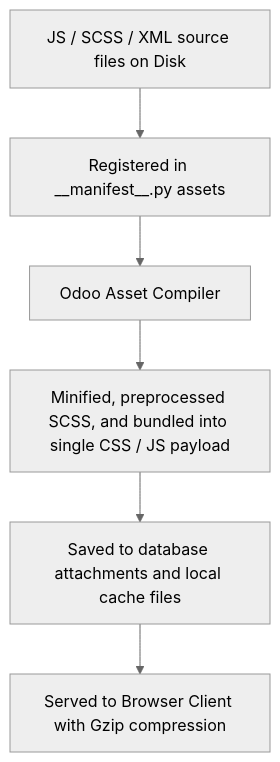
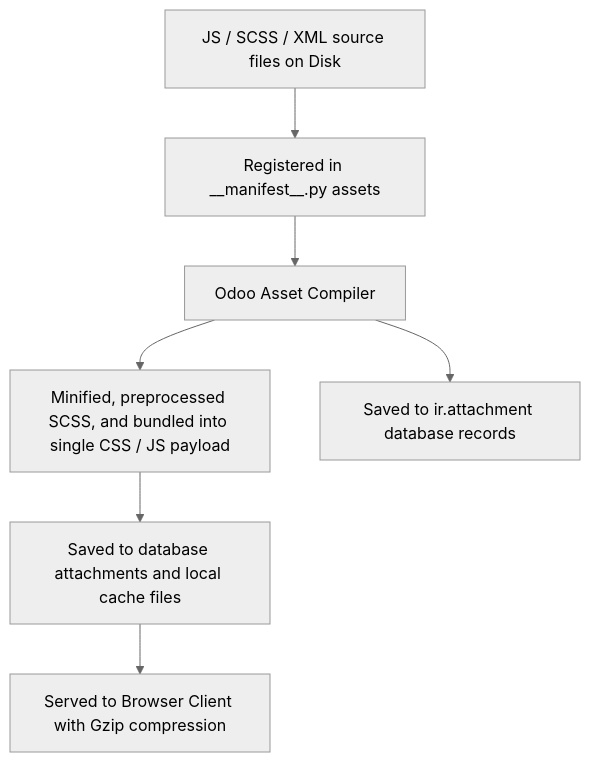
The diagram in docs/frontend/assets.md (Kashyap-001/odoo19-docs), drawn with Mermaid (neutral theme) before and after one commit. The commit also changed other lines of this file and 14 other files, not shown here.

````diff
--- a/docs/frontend/assets.md
+++ b/docs/frontend/assets.md
@@ -11,8 +11,9 @@
 ```mermaid
 graph TD
     Source[JS / SCSS / XML source files on Disk] --> Manifest[Registered in __manifest__.py assets]
     Manifest --> Compiler[Odoo Asset Compiler]
     Compiler --> Bundle[Minified, preprocessed SCSS, and bundled into single CSS / JS payload]
+    Compiler --> DB[Saved to ir.attachment database records]
     Bundle --> Cache[Saved to database attachments and local cache files]
     Cache --> Client[Served to Browser Client with Gzip compression]
 ```
````
